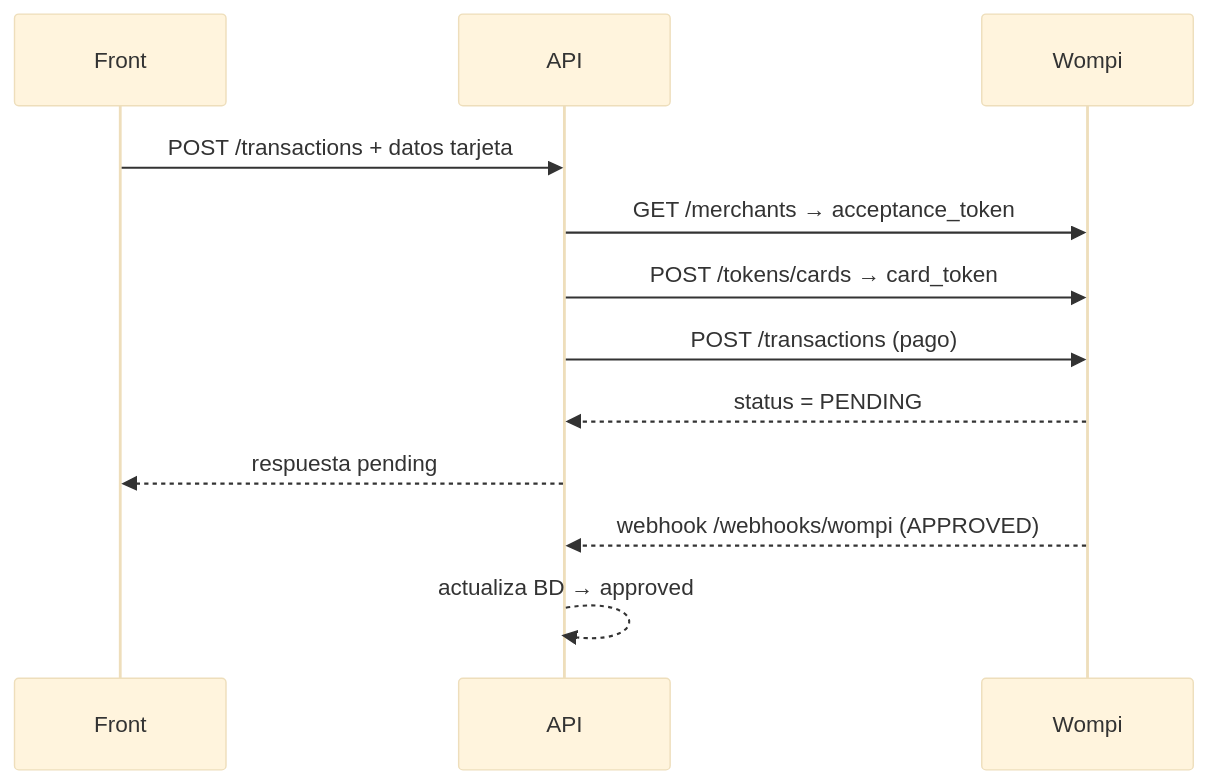
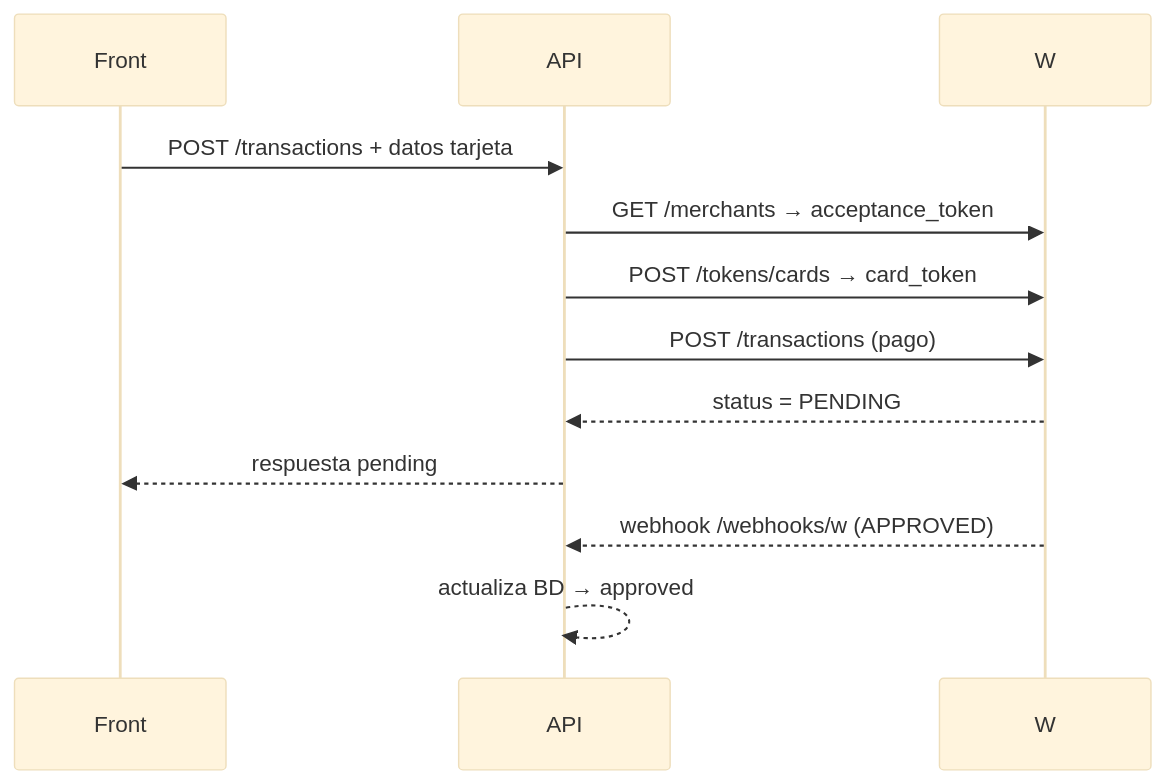
One commit to Knight072/Payment changed the third of 3 diagrams in README.md. Above: the diagram before and after it, drawn with Mermaid (base theme). The commit also changed other lines of this file and 20 other files, not shown here.

````diff
--- a/README.md
+++ b/README.md
@@ -111,14 +150,14 @@
 ```mermaid
 sequenceDiagram
   participant Front
   participant API
-  participant Wompi
+  participant W
   Front->>API: POST /transactions + datos tarjeta
-  API->>Wompi: GET /merchants → acceptance_token
-  API->>Wompi: POST /tokens/cards → card_token
-  API->>Wompi: POST /transactions (pago)
-  Wompi-->>API: status = PENDING
+  API->>W: GET /merchants → acceptance_token
+  API->>W: POST /tokens/cards → card_token
+  API->>W: POST /transactions (pago)
+  W-->>API: status = PENDING
   API-->>Front: respuesta pending
-  Wompi-->>API: webhook /webhooks/wompi (APPROVED)
+  W-->>API: webhook /webhooks/w (APPROVED)
   API-->>API: actualiza BD → approved
 ```
````
